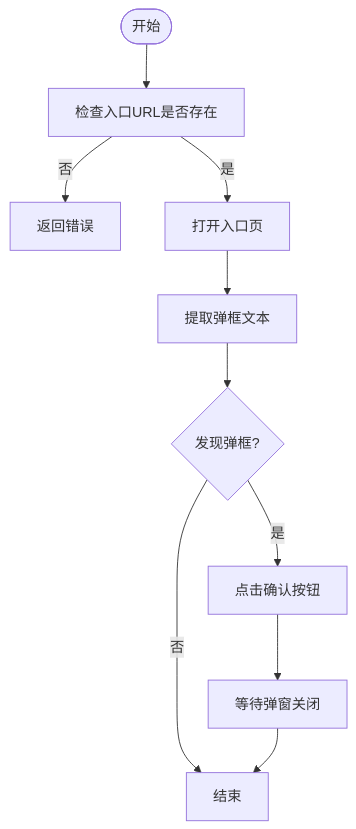
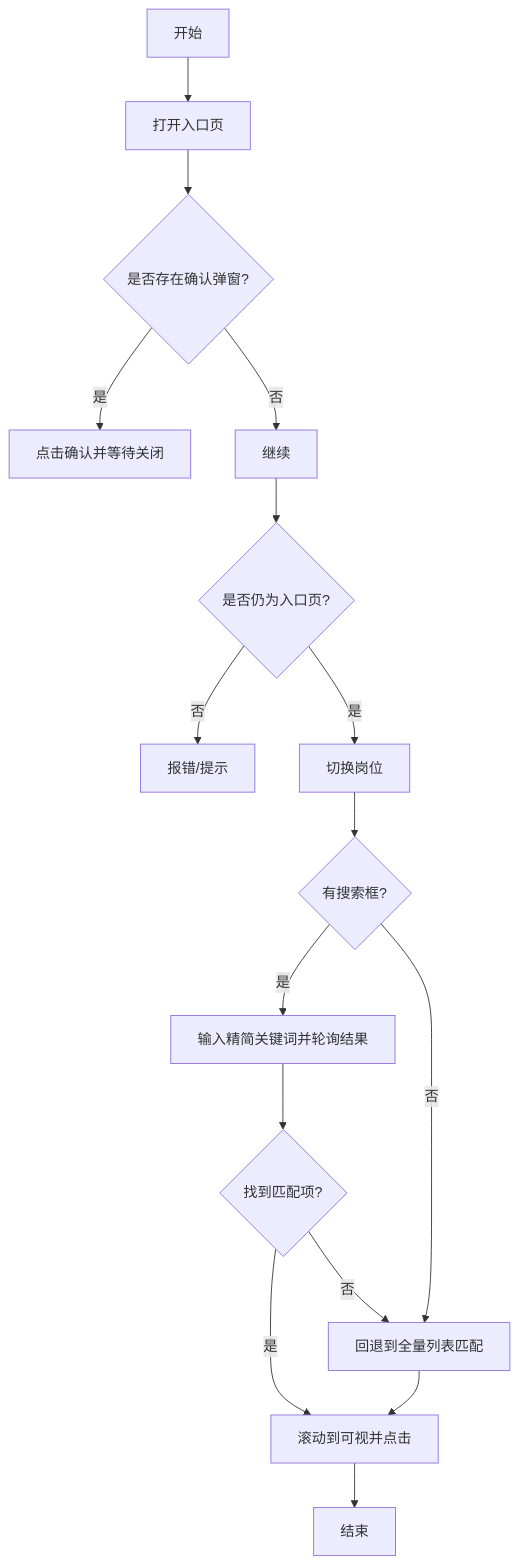
The third of 6 diagrams in .qoder/repowiki/zh/content/系统架构/本地Agent架构/平台适配器系统/Boss直聘适配器.md (alvinwangzi/goodhr), drawn with Mermaid before and after one commit. The commit also changed other lines of this file and 149 other files, not shown here.

````diff
--- a/.qoder/repowiki/zh/content/系统架构/本地Agent架构/平台适配器系统/Boss直聘适配器.md
+++ b/.qoder/repowiki/zh/content/系统架构/本地Agent架构/平台适配器系统/Boss直聘适配器.md
@@ -137,12 +135,18 @@
 ```mermaid
 flowchart TD
-Start(["开始"]) --> CheckEntry["检查入口URL是否存在"]
-CheckEntry --> |否| Err["返回错误"]
-CheckEntry --> |是| Open["打开入口页"]
-Open --> ExtractDialog["提取弹框文本"]
-ExtractDialog --> HasDialog{"发现弹框?"}
-HasDialog --> |否| Done["结束"]
-HasDialog --> |是| ClickConfirm["点击确认按钮"]
-ClickConfirm --> WaitClose["等待弹窗关闭"]
-WaitClose --> Done
+S["开始"] --> O["打开入口页"]
+O --> D{"是否存在确认弹窗?"}
+D -- 是 --> C["点击确认并等待关闭"]
+D -- 否 --> N["继续"]
+N --> T{"是否仍为入口页?"}
+T -- 否 --> E["报错/提示"]
+T -- 是 --> P["切换岗位"]
+P --> Q{"有搜索框?"}
+Q -- 是 --> ST["输入精简关键词并轮询结果"]
+ST --> M{"找到匹配项?"}
+M -- 是 --> CL["滚动到可视并点击"]
+M -- 否 --> L["回退到全量列表匹配"]
+Q -- 否 --> L
+L --> CL
+CL --> End["结束"]
 ```
````
